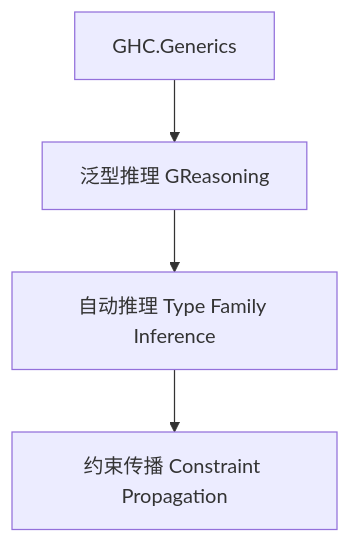
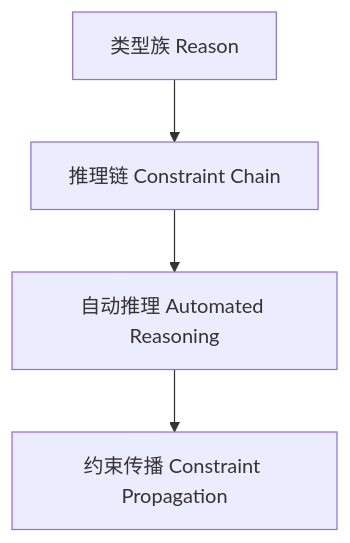
One commit to AdaMartin18010/haskell changed the diagram in docs/analysis/Type/01-Type-Level-Generic-Reasoning.md. Above: the diagram before and after it, drawn with Mermaid. The commit also changed other lines of this file and 11 other files, not shown here.

````diff
--- a/docs/analysis/Type/01-Type-Level-Generic-Reasoning.md
+++ b/docs/analysis/Type/01-Type-Level-Generic-Reasoning.md
@@ -66,6 +64,6 @@
 ```mermaid
 graph TD
-  A[GHC.Generics] --> B[泛型推理 GReasoning]
-  B --> C[自动推理 Type Family Inference]
+  A[类型族 Reason] --> B[推理链 Constraint Chain]
+  B --> C[自动推理 Automated Reasoning]
   C --> D[约束传播 Constraint Propagation]
 ```
````
